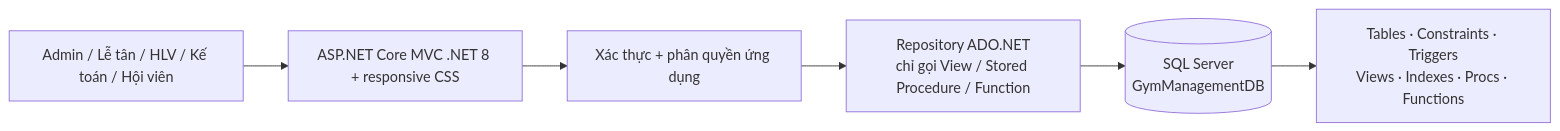
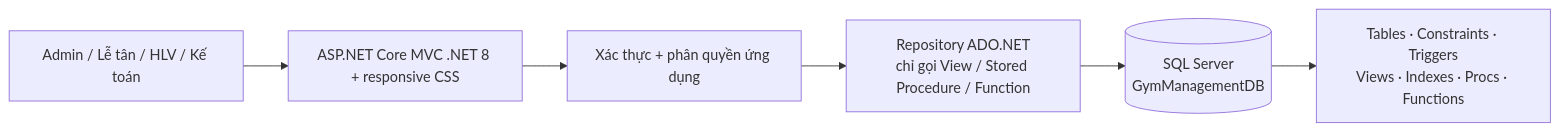
Before and after one commit to vhoanglong54/DBMS_FINALPROJECT: the first of 3 diagrams in docs/ARCHITECTURE.md, drawn with Mermaid. The commit also changed other lines of this file and 32 other files, not shown here.

````diff
--- a/docs/ARCHITECTURE.md
+++ b/docs/ARCHITECTURE.md
@@ -11,8 +26,8 @@
 ```mermaid
 flowchart LR
-  U[Admin / Lễ tân / HLV / Kế toán / Hội viên] --> UI[ASP.NET Core MVC .NET 8 + responsive CSS]
+  U[Admin / Lễ tân / HLV / Kế toán] --> UI[ASP.NET Core MVC .NET 8 + responsive CSS]
   UI --> AUTH[Xác thực + phân quyền ứng dụng]
   AUTH --> DAL[Repository ADO.NET\nchỉ gọi View / Stored Procedure / Function]
   DAL --> SQL[(SQL Server\nGymManagementDB)]
   SQL --> DB[Tables · Constraints · Triggers\nViews · Indexes · Procs · Functions]
 ```
````
